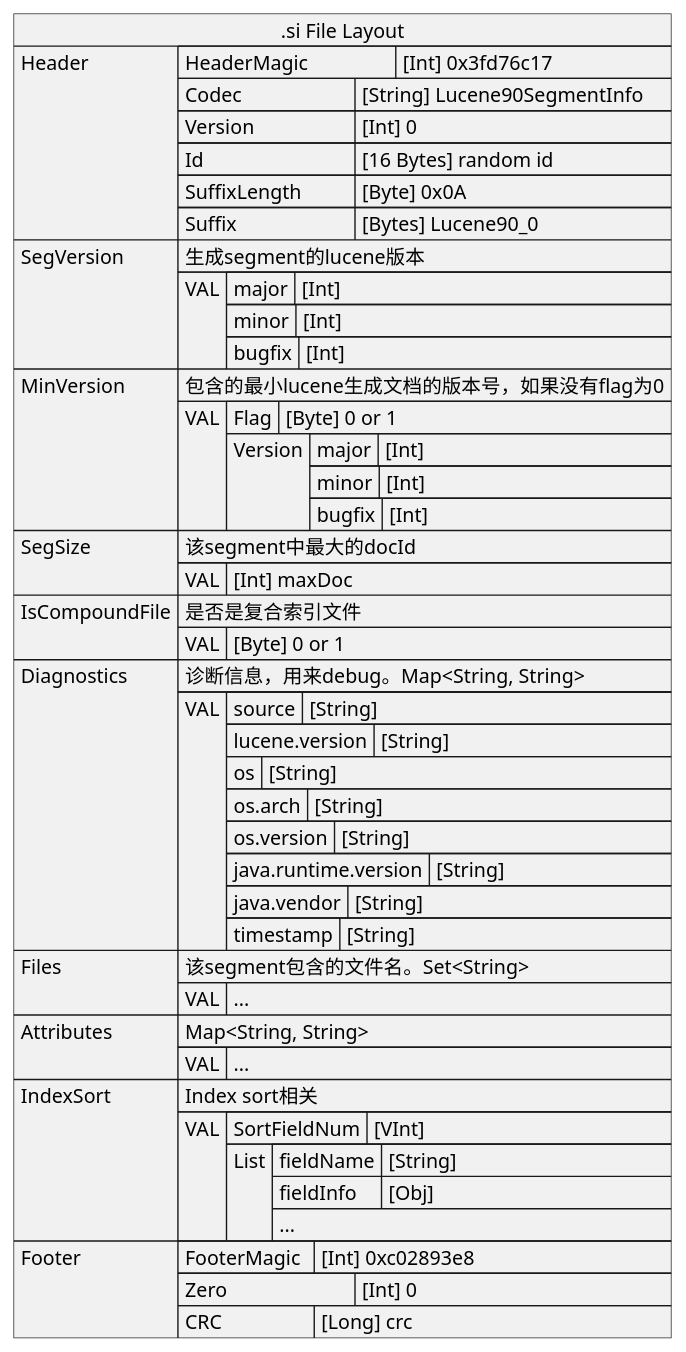
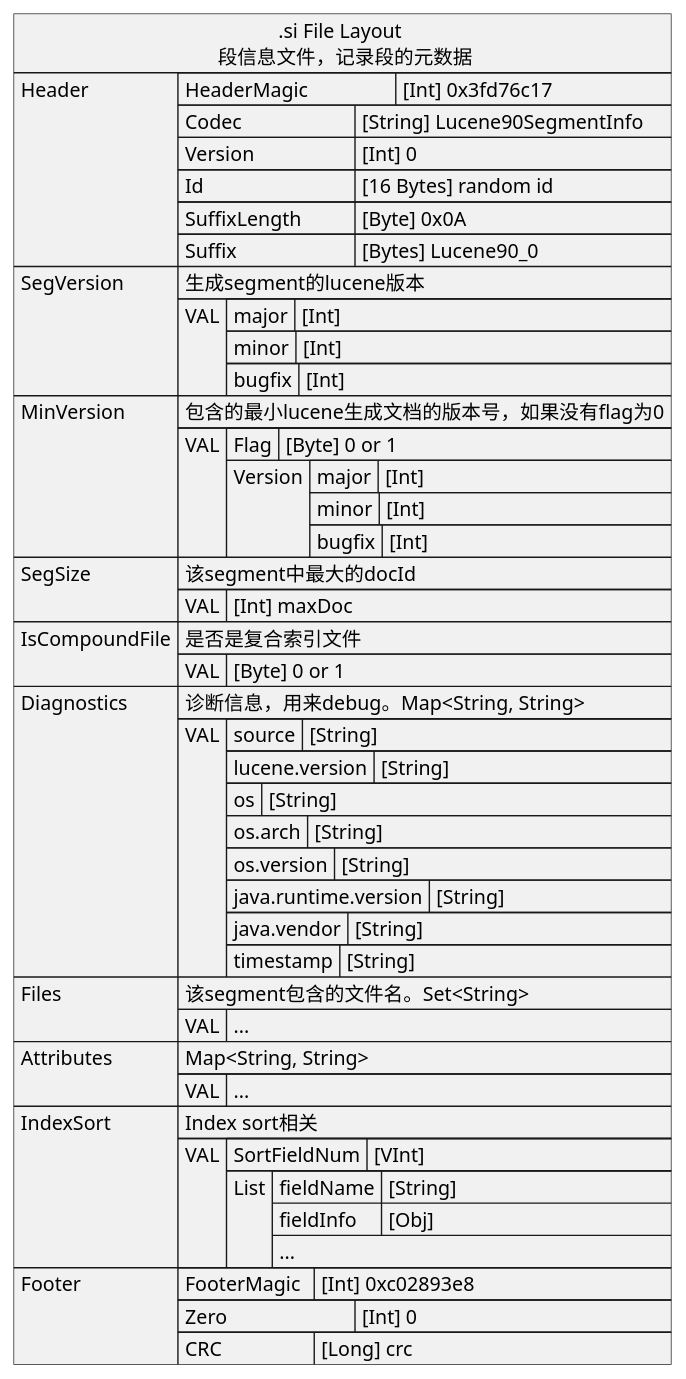
The diagram in uml/fileLayout/30.si.puml (big-peter/lucene), drawn with PlantUML before and after one commit. The commit also changed other lines of this file and 7 other files, not shown here.

Commit message:
add uml desc

```diff
--- a/uml/fileLayout/30.si.puml
+++ b/uml/fileLayout/30.si.puml
@@ -4,86 +4,86 @@
 @startuml
-json ".si File Layout" as J {
+json ".si File Layout \n 段信息文件，记录段的元数据" as J {
     "Header":[
        {"HeaderMagic\t\t": "[Int] 0x3fd76c17"},
        {"Codec\t\t\t": "[String] Lucene90SegmentInfo"},
        {"Version\t\t\t": "[Int] 0"},
        {"Id\t\t\t\t": "[16 Bytes] random id"},
        {"SuffixLength\t\t": "[Byte] 0x0A"},
        {"Suffix\t\t\t": "[Bytes] Lucene90_0"}
     ],
     "SegVersion":[
         "生成segment的lucene版本",
         {"VAL": [
             {"major": "[Int]"},
             {"minor": "[Int]"},
             {"bugfix": "[Int]"}
         ]}
     ],
     "MinVersion":[
         "包含的最小lucene生成文档的版本号，如果没有flag为0",
         {"VAL": [
             {"Flag": "[Byte] 0 or 1"},
             {"Version": [
                 {"major": "[Int]"},
                 {"minor": "[Int]"},
                 {"bugfix": "[Int]"}
             ]}
         ]}
      ],
     "SegSize":[
         "该segment中最大的docId",
         {"VAL": [
             "[Int] maxDoc"
         ]}
     ],
     "IsCompoundFile":[
         "是否是复合索引文件",
         {"VAL": [
             "[Byte] 0 or 1"
         ]}
     ],
     "Diagnostics":[
         "诊断信息，用来debug。Map<String, String>",
         {"VAL": [
             {"source": "[String]"},
             {"lucene.version": "[String]"},
             {"os": "[String]"},
             {"os.arch": "[String]"},
             {"os.version": "[String]"},
             {"java.runtime.version": "[String]"},
             {"java.vendor": "[String]"},
             {"timestamp": "[String]"}
         ]}
     ],
     "Files":[
         "该segment包含的文件名。Set<String>",
         {"VAL": [
             "..."
         ]}
     ],
     "Attributes":[
         "Map<String, String>",
         {"VAL": [
             "..."
         ]}
     ],
     "IndexSort":[
         "Index sort相关",
         {"VAL": [
             {"SortFieldNum" : "[VInt]"},
             {"List":[
                 {
                     "fieldName": "[String]",
                     "fieldInfo": "[Obj]"
                 },
                 "..."
             ]}
         ]}
     ],
     "Footer":[
        {"FooterMagic\t": "[Int] 0xc02893e8"},
        {"Zero\t\t\t": "[Int] 0"},
        {"CRC\t\t\t": "[Long] crc"}
     ]
 }
 @enduml
```
